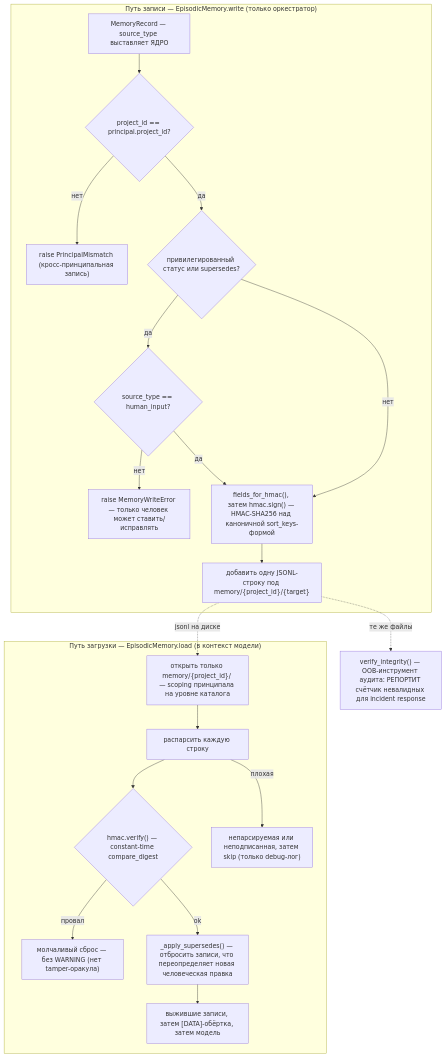
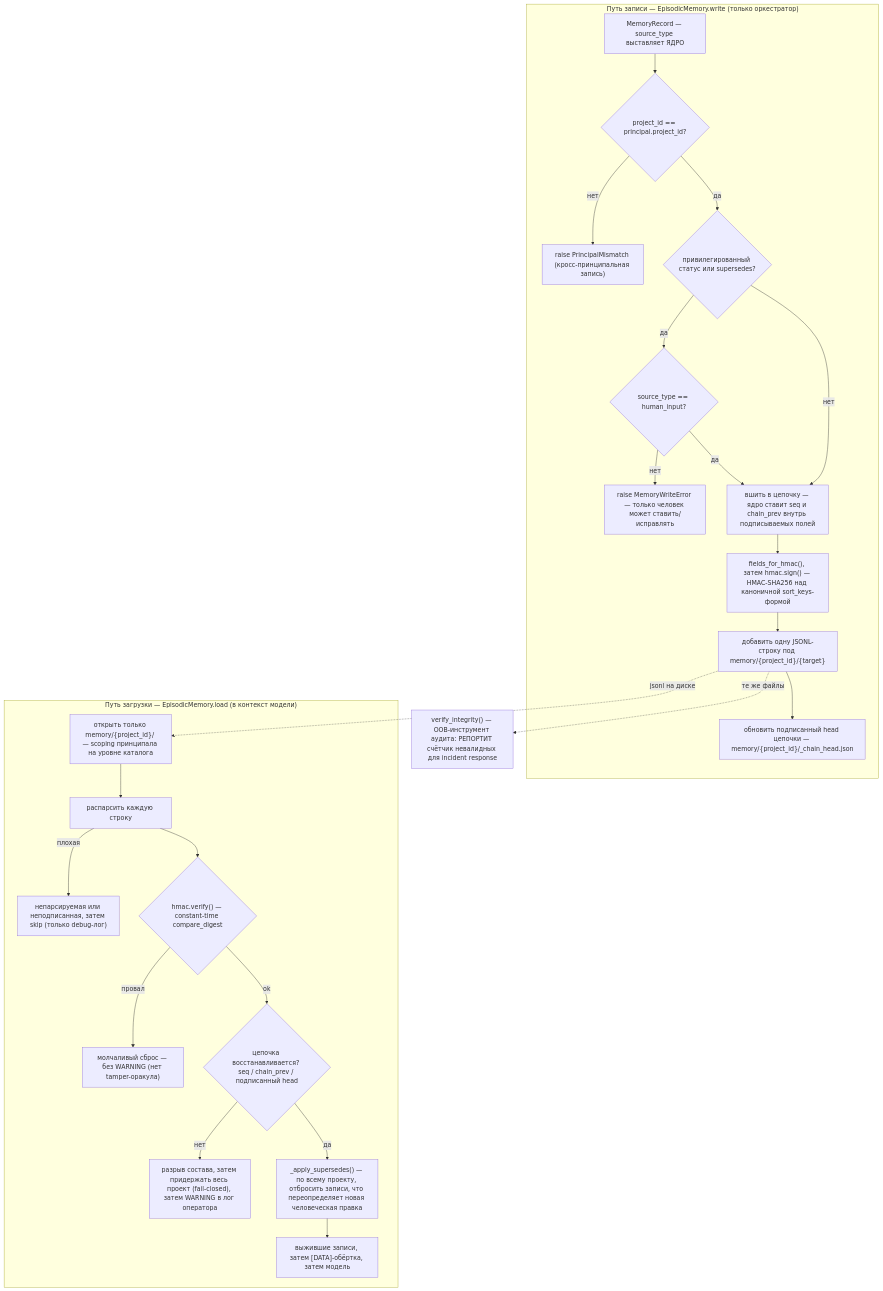
One commit to RamilRamil/secure-agent-kernel changed the diagram in docs/diagrams/memory-trust-flow.ru.md. Above: the diagram before and after it, drawn with Mermaid. The commit also changed other lines of this file and 7 other files, not shown here.

````diff
--- a/docs/diagrams/memory-trust-flow.ru.md
+++ b/docs/diagrams/memory-trust-flow.ru.md
@@ -25,40 +25,47 @@
 ```mermaid
 flowchart TB
     subgraph WRITE["Путь записи — EpisodicMemory.write (только оркестратор)"]
         W0["MemoryRecord — source_type выставляет ЯДРО"]
         WP{"project_id == principal.project_id?"}
         WPX["raise PrincipalMismatch (кросс-принципальная запись)"]
         WS{"привилегированный статус или supersedes?"}
         WSX{"source_type == human_input?"}
         WSXNO["raise MemoryWriteError — только человек может ставить/исправлять"]
+        WL["вшить в цепочку — ядро ставит seq и chain_prev внутрь подписываемых полей"]
         WH["fields_for_hmac(), затем hmac.sign() — HMAC-SHA256 над каноничной sort_keys-формой"]
         WA["добавить одну JSONL-строку под memory/{project_id}/{target}"]
+        WHD["обновить подписанный head цепочки — memory/{project_id}/_chain_head.json"]
     end
 
     subgraph LOAD["Путь загрузки — EpisodicMemory.load (в контекст модели)"]
         L0["открыть только memory/{project_id}/ — scoping принципала на уровне каталога"]
         LP["распарсить каждую строку"]
         LPX["непарсируемая или неподписанная, затем skip (только debug-лог)"]
         LV{"hmac.verify() — constant-time compare_digest"}
         LVX["молчаливый сброс — без WARNING (нет tamper-оракула)"]
-        LS["_apply_supersedes() — отбросить записи, что переопределяет новая человеческая правка"]
+        LC{"цепочка восстанавливается? seq / chain_prev / подписанный head"}
+        LCX["разрыв состава, затем придержать весь проект (fail-closed), затем WARNING в лог оператора"]
+        LS["_apply_supersedes() — по всему проекту, отбросить записи, что переопределяет новая человеческая правка"]
         LOUT["выжившие записи, затем [DATA]-обёртка, затем модель"]
     end
 
     AUDIT["verify_integrity() — OOB-инструмент аудита: РЕПОРТИТ счётчик невалидных для incident response"]
 
     W0 --> WP
     WP -->|нет| WPX
     WP -->|да| WS
     WS -->|да| WSX
-    WS -->|нет| WH
+    WS -->|нет| WL
     WSX -->|нет| WSXNO
-    WSX -->|да| WH
-    WH --> WA
+    WSX -->|да| WL
+    WL --> WH
+    WH --> WA --> WHD
     WA -. jsonl на диске .-> L0
     L0 --> LP --> LV
     LP -->|плохая| LPX
     LV -->|провал| LVX
-    LV -->|ok| LS --> LOUT
+    LV -->|ok| LC
+    LC -->|нет| LCX
+    LC -->|да| LS --> LOUT
     WA -. те же файлы .-> AUDIT
 ```
````
